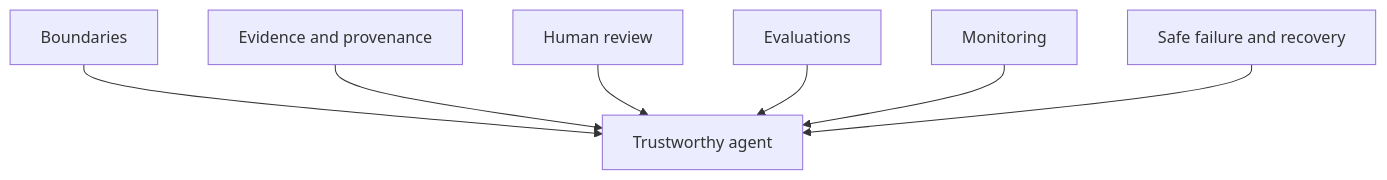
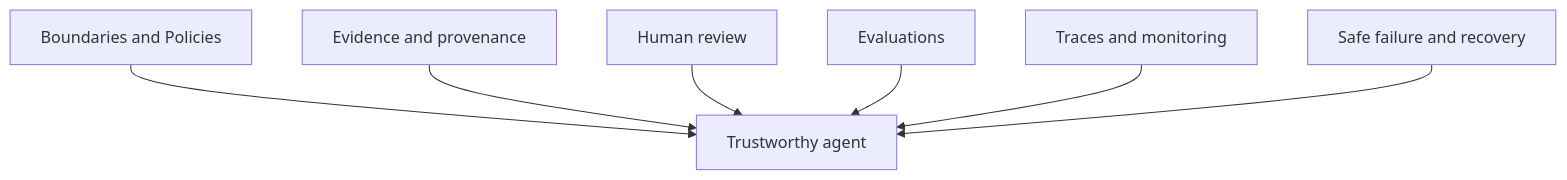
One commit to naren-allam/agents-beginners changed the sixth of 14 diagrams in book/chapters/chapter-04-ensuring-safe-and-responsible-agentic-ai.md. Above: the diagram before and after it, drawn with Mermaid. The commit also changed other lines of this file and 28 other files, not shown here.

````diff
--- a/book/chapters/chapter-04-ensuring-safe-and-responsible-agentic-ai.md
+++ b/book/chapters/chapter-04-ensuring-safe-and-responsible-agentic-ai.md
@@ -180,17 +179,17 @@
 ```mermaid
 flowchart TD
     Trust["Trustworthy agent"]
-    Boundaries["Boundaries"]
+    Boundaries["Boundaries and Policies"]
     Evidence["Evidence and provenance"]
     Review["Human review"]
     Evaluation["Evaluations"]
-    Monitoring["Monitoring"]
+    Monitoring["Traces and monitoring"]
     Recovery["Safe failure and recovery"]
 
     Boundaries --> Trust
     Evidence --> Trust
     Review --> Trust
     Evaluation --> Trust
     Monitoring --> Trust
     Recovery --> Trust
 ```
````
